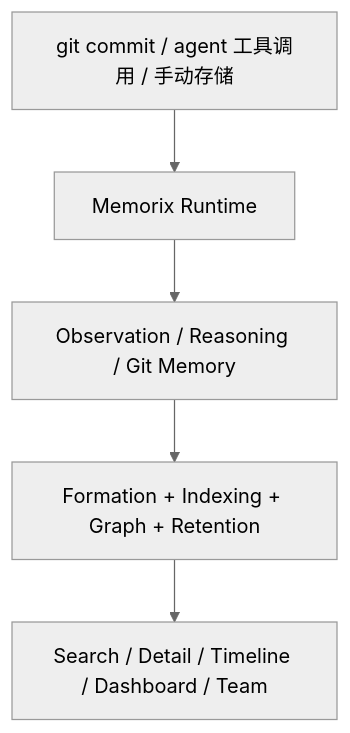
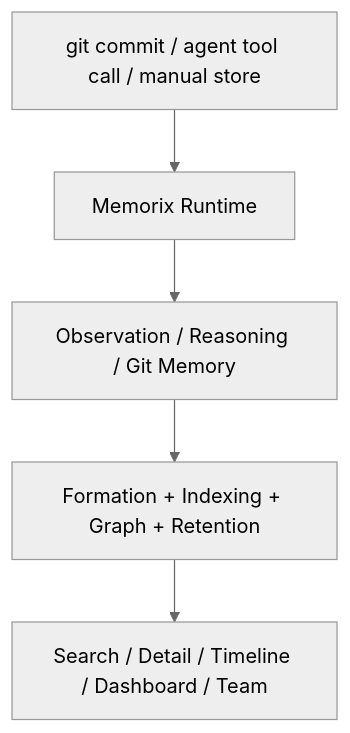
The diagram in README.zh-CN.md (peterkassner/memorix), drawn with Mermaid (neutral theme) before and after one commit. The commit also changed other lines of this file and 22 other files, not shown here.

````diff
--- a/README.zh-CN.md
+++ b/README.zh-CN.md
@@ -167,7 +189,7 @@
 ```mermaid
 graph TB
-    A["git commit / agent 工具调用 / 手动存储"] --> B["Memorix Runtime"]
+    A["git commit / agent tool call / manual store"] --> B["Memorix Runtime"]
     B --> C["Observation / Reasoning / Git Memory"]
     C --> D["Formation + Indexing + Graph + Retention"]
     D --> E["Search / Detail / Timeline / Dashboard / Team"]
 ```
````
